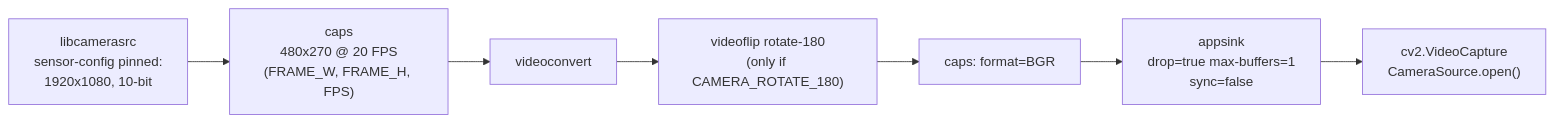
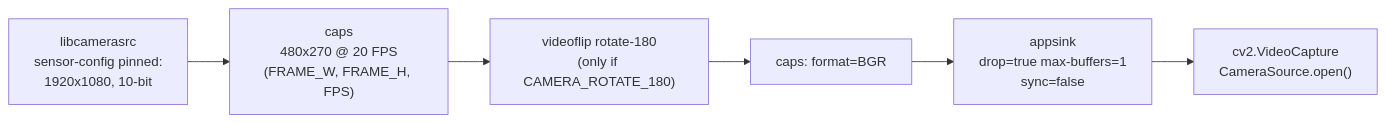
One commit to Simbyote/Navilott_Vision changed the fifth of 24 diagrams in vision_stack/docs/guides/system_maps.md. Above: the diagram before and after it, drawn with Mermaid. The commit also changed 4 other files, not shown here.

````diff
--- a/vision_stack/docs/guides/system_maps.md
+++ b/vision_stack/docs/guides/system_maps.md
@@ -150,9 +150,8 @@
 ```mermaid
 flowchart LR
     S["libcamerasrc<br/>sensor-config pinned:<br/>1920x1080, 10-bit"] --> C["caps<br/>480x270 @ 20 FPS<br/>(FRAME_W, FRAME_H, FPS)"]
-    C --> V["videoconvert"]
-    V --> FL["videoflip rotate-180<br/>(only if CAMERA_ROTATE_180)"]
+    C --> FL["videoflip rotate-180<br/>(only if CAMERA_ROTATE_180)"]
     FL --> B["caps: format=BGR"]
     B --> A["appsink<br/>drop=true max-buffers=1<br/>sync=false"]
     A --> CV["cv2.VideoCapture<br/>CameraSource.open()"]
 ```
````
